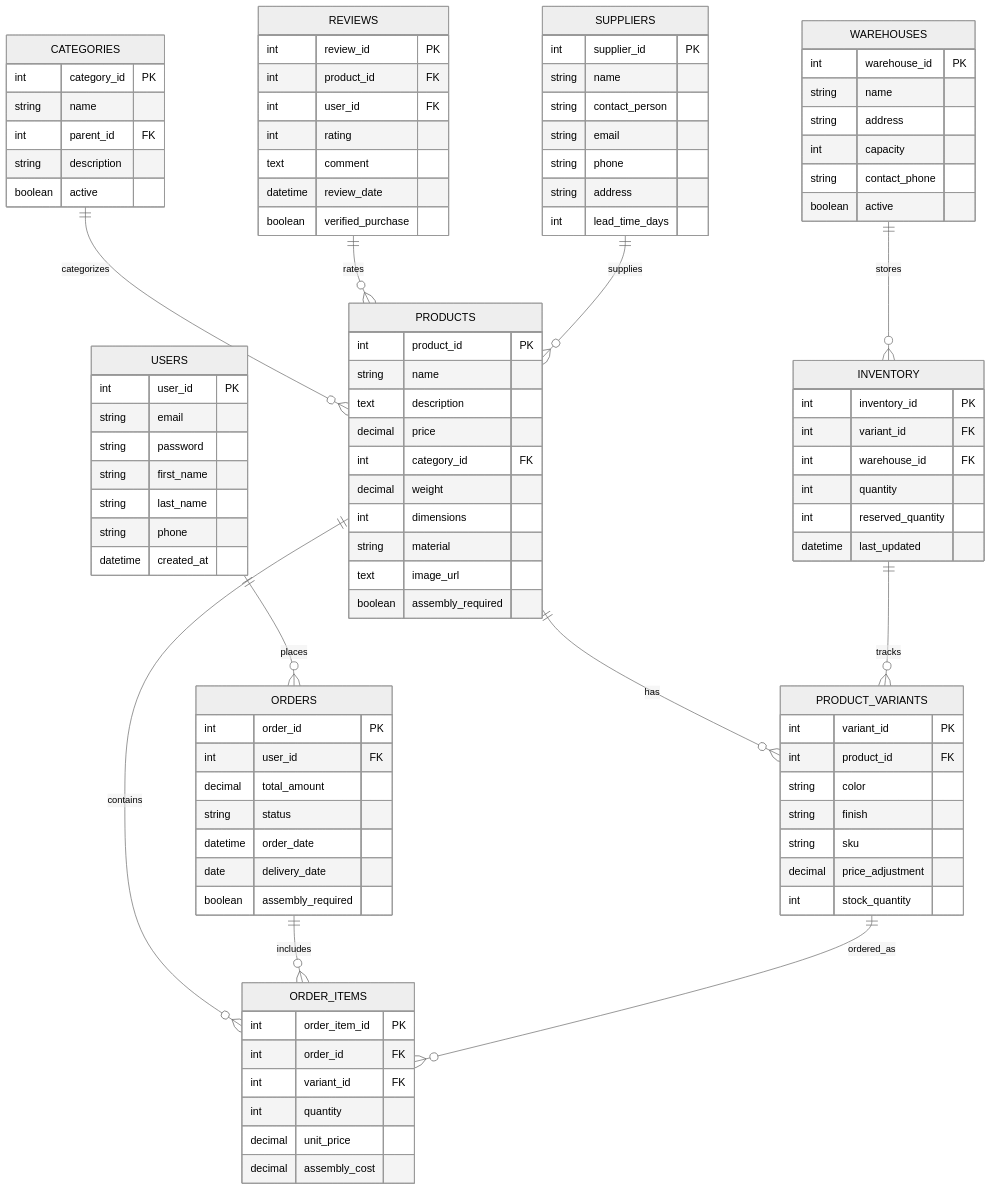
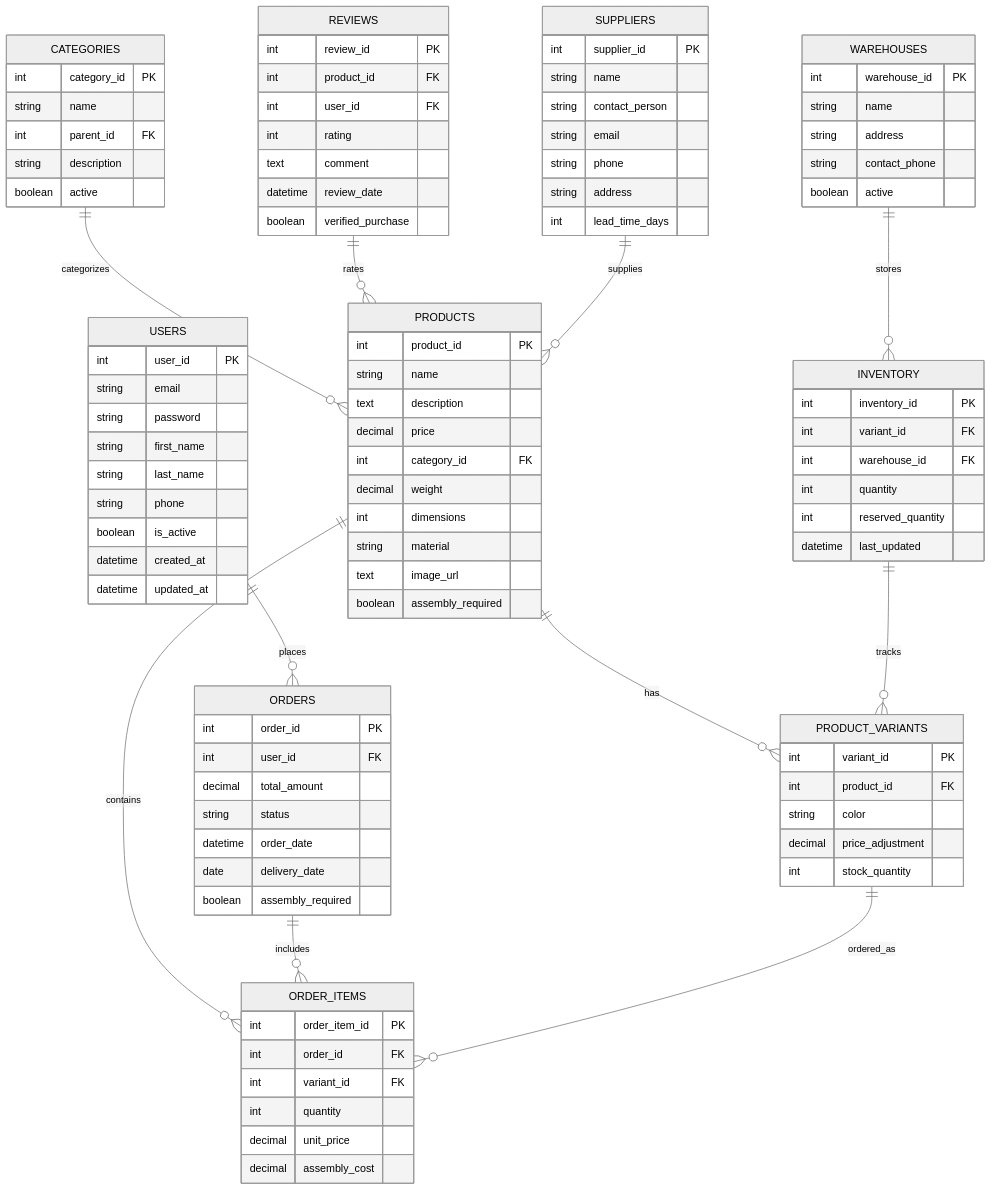
Before and after one commit to Akanksha-codes/furniture-webshop: the diagram in furniture_db_diagram.mermaid, drawn with Mermaid (neutral theme).

```diff
--- a/furniture_db_diagram.mermaid
+++ b/furniture_db_diagram.mermaid
@@ -1,107 +1,106 @@
 erDiagram
     USERS ||--o{ ORDERS : places
     USERS {
         int user_id PK
         string email
         string password
         string first_name
         string last_name
         string phone
+        boolean is_active
         datetime created_at
+        datetime updated_at
     }
     
     PRODUCTS ||--o{ PRODUCT_VARIANTS : has
     PRODUCTS ||--o{ ORDER_ITEMS : contains
     PRODUCTS {
         int product_id PK
         string name
         text description
         decimal price
         int category_id FK
         decimal weight
         int dimensions
         string material
         text image_url
         boolean assembly_required
     }
    CATEGORIES ||--o{ PRODUCTS : categorizes
     CATEGORIES {
         int category_id PK
         string name
         int parent_id FK
         string description
         boolean active
     }
 
     ORDERS ||--o{ ORDER_ITEMS : includes
     ORDERS {
         int order_id PK
         int user_id FK
         decimal total_amount
         string status
         datetime order_date
         date delivery_date
         boolean assembly_required
     }
 
     PRODUCT_VARIANTS ||--o{ ORDER_ITEMS : ordered_as
     PRODUCT_VARIANTS {
         int variant_id PK
         int product_id FK
         string color
-        string finish
-        string sku
         decimal price_adjustment
         int stock_quantity
     }
 
     ORDER_ITEMS {
         int order_item_id PK
         int order_id FK
         int variant_id FK
         int quantity
         decimal unit_price
         decimal assembly_cost
     }
 
     INVENTORY ||--o{ PRODUCT_VARIANTS : tracks
     INVENTORY {
         int inventory_id PK
         int variant_id FK
         int warehouse_id FK
         int quantity
         int reserved_quantity
         datetime last_updated
     }
 
     WAREHOUSES ||--o{ INVENTORY : stores
     WAREHOUSES {
         int warehouse_id PK
         string name
         string address
-        int capacity
         string contact_phone
         boolean active
     }
 
     REVIEWS ||--o{ PRODUCTS : rates
     REVIEWS {
         int review_id PK
         int product_id FK
         int user_id FK
         int rating
         text comment
         datetime review_date
         boolean verified_purchase
     }
 
     SUPPLIERS ||--o{ PRODUCTS : supplies
     SUPPLIERS {
         int supplier_id PK
         string name
         string contact_person
         string email
         string phone
         string address
         int lead_time_days
     }
```
